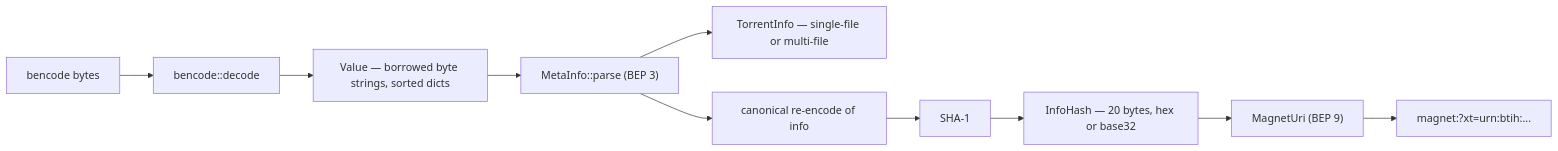
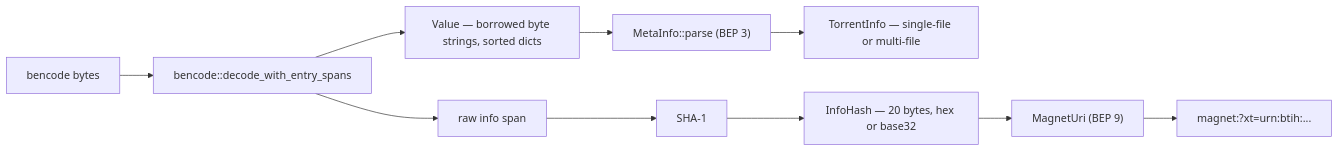
The diagram in README.md (elcoosp/magnetite), drawn with Mermaid before and after one commit. The commit also changed other lines of this file, not shown here.

First line of the commit message:
docs: mirror raw-slice infohash documentation and status in readme

````diff
--- a/README.md
+++ b/README.md
@@ -95,12 +96,12 @@
 ```mermaid
 flowchart LR
-    raw["bencode bytes"] --> decode["bencode::decode"]
+    raw["bencode bytes"] --> decode["bencode::decode_with_entry_spans"]
     decode --> value["Value — borrowed byte strings, sorted dicts"]
+    decode --> span["raw info span"]
     value --> meta["MetaInfo::parse (BEP 3)"]
     meta --> info["TorrentInfo — single-file or multi-file"]
-    meta --> canon["canonical re-encode of info"]
-    canon --> sha1["SHA-1"]
+    span --> sha1["SHA-1"]
     sha1 --> hash["InfoHash — 20 bytes, hex or base32"]
     hash --> magnet["MagnetUri (BEP 9)"]
     magnet --> uri["magnet:?xt=urn:btih:..."]
 ```
````
